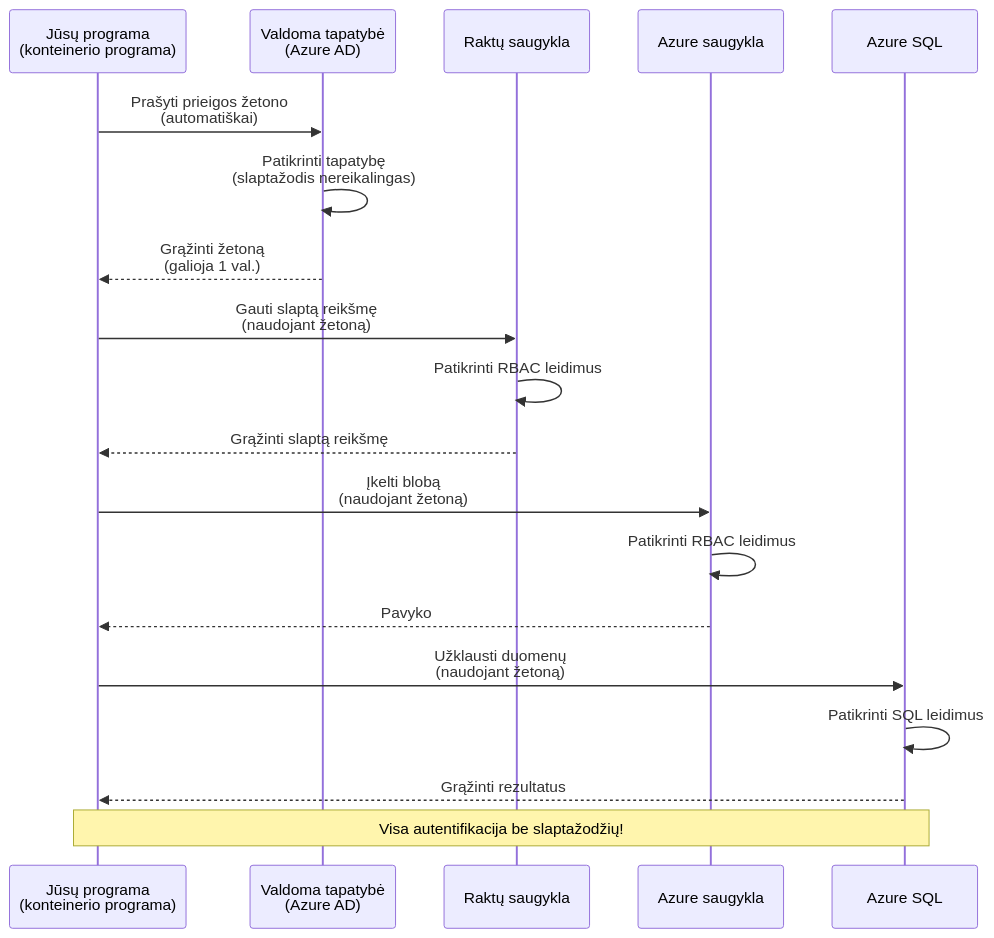
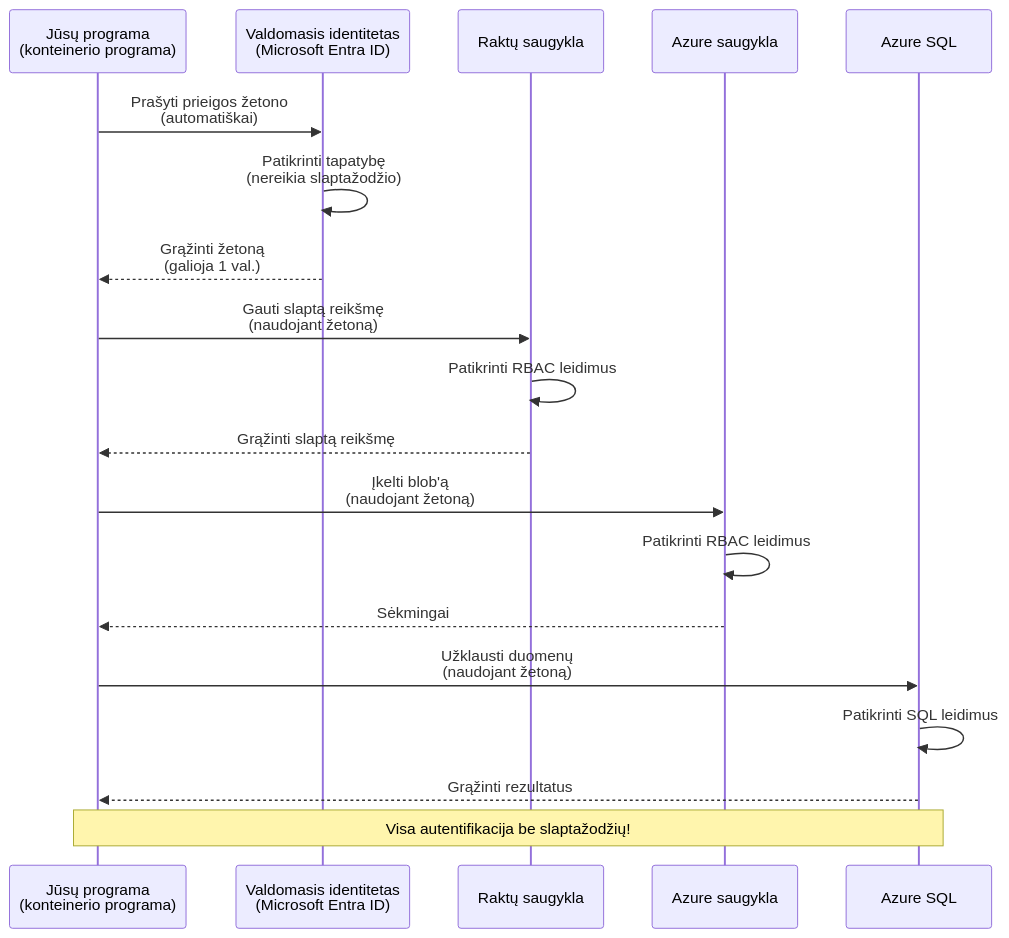
One commit to microsoft/AZD-for-beginners changed the first of 2 diagrams in translations/lt/docs/chapter-03-configuration/authsecurity.md. Above: the diagram before and after it, drawn with Mermaid. The commit also changed other lines of this file and 104 other files, not shown here.

````diff
--- a/translations/lt/docs/chapter-03-configuration/authsecurity.md
+++ b/translations/lt/docs/chapter-03-configuration/authsecurity.md
@@ -69,26 +69,26 @@
 ```mermaid
 sequenceDiagram
     participant App as Jūsų programa<br/>(konteinerio programa)
-    participant MI as Valdoma tapatybė<br/>(Azure AD)
+    participant MI as Valdomasis identitetas<br/>(Microsoft Entra ID)
     participant KV as Raktų saugykla
     participant Storage as Azure saugykla
     participant DB as Azure SQL
     
     App->>MI: Prašyti prieigos žetono<br/>(automatiškai)
-    MI->>MI: Patikrinti tapatybę<br/>(slaptažodis nereikalingas)
+    MI->>MI: Patikrinti tapatybę<br/>(nereikia slaptažodžio)
     MI-->>App: Grąžinti žetoną<br/>(galioja 1 val.)
     
     App->>KV: Gauti slaptą reikšmę<br/>(naudojant žetoną)
     KV->>KV: Patikrinti RBAC leidimus
     KV-->>App: Grąžinti slaptą reikšmę
     
-    App->>Storage: Įkelti blobą<br/>(naudojant žetoną)
+    App->>Storage: Įkelti blob'ą<br/>(naudojant žetoną)
     Storage->>Storage: Patikrinti RBAC leidimus
-    Storage-->>App: Pavyko
+    Storage-->>App: Sėkmingai
     
     App->>DB: Užklausti duomenų<br/>(naudojant žetoną)
     DB->>DB: Patikrinti SQL leidimus
     DB-->>App: Grąžinti rezultatus
     
     Note over App,DB: Visa autentifikacija be slaptažodžių!
 ```
````
